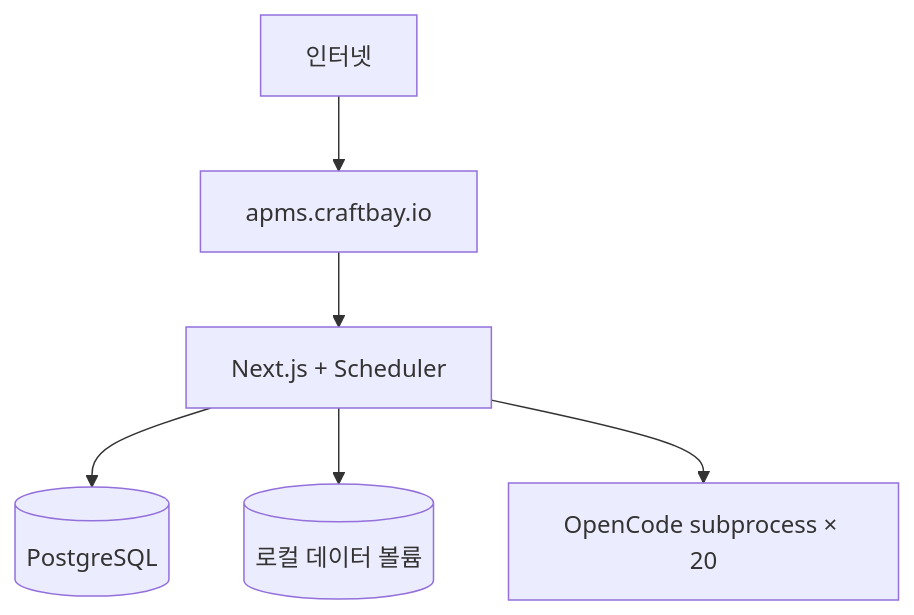
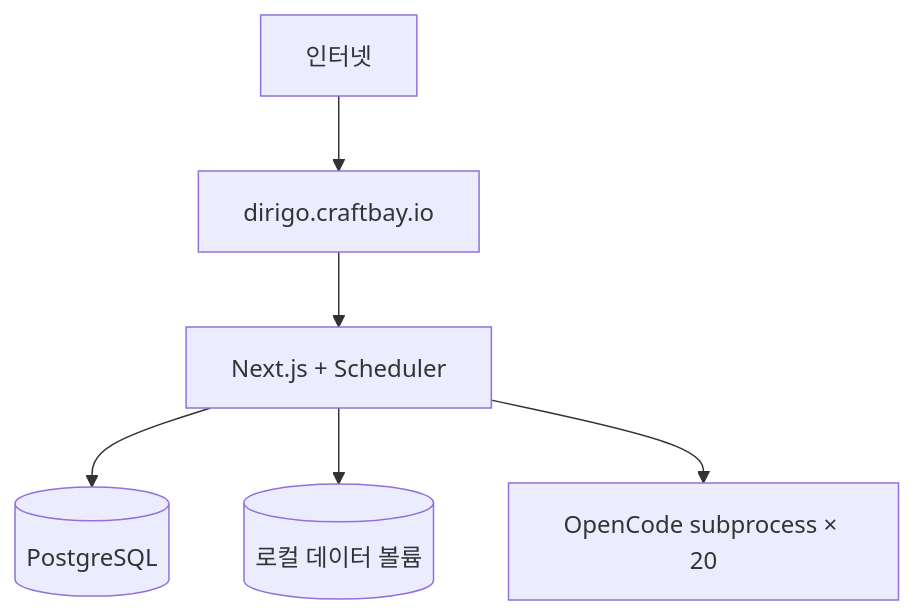
The third of 5 diagrams in docs/ko/ARCHITECTURE.md (lisyoen/apms), drawn with Mermaid before and after one commit. The commit also changed other lines of this file and 41 other files, not shown here.

Commit message:
feat: switch to dirigo.craftbay.io and retire APMS identifiers (#3)

````diff
--- a/docs/ko/ARCHITECTURE.md
+++ b/docs/ko/ARCHITECTURE.md
@@ -181,8 +181,8 @@
 ```mermaid
 flowchart TB
-  I[인터넷] --> D[apms.craftbay.io]
+  I[인터넷] --> D[dirigo.craftbay.io]
   D --> APP[Next.js + Scheduler]
   APP --> PG[(PostgreSQL)]
   APP --> VOL[(로컬 데이터 볼륨)]
   APP --> PROC[OpenCode subprocess × 20]
 ```
````
